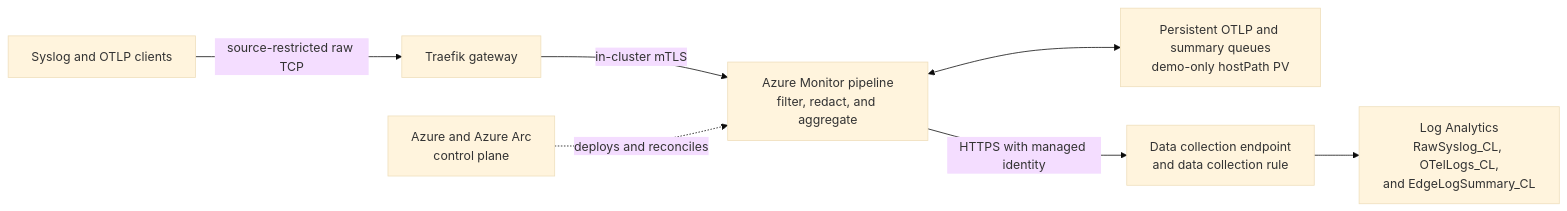
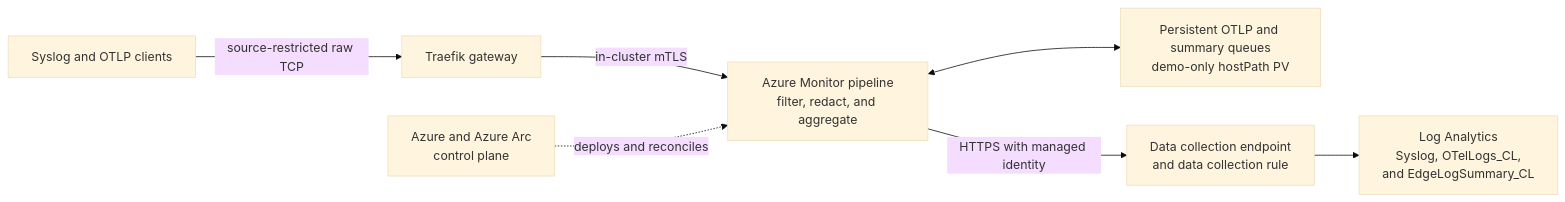
Before and after one commit to kasimrehman/azmon-pipeline-demo: the first of 3 diagrams in docs/architecture.md, drawn with Mermaid (base theme). The commit also changed other lines of this file and 20 other files, not shown here.

````diff
--- a/docs/architecture.md
+++ b/docs/architecture.md
@@ -13,17 +13,17 @@
 ```mermaid
 flowchart LR
     clients[Syslog and OTLP clients]
     gateway[Traefik gateway]
     pipeline[Azure Monitor pipeline<br/>filter, redact, and aggregate]
     buffer[Persistent OTLP and summary queues<br/>demo-only hostPath PV]
     ingestion[Data collection endpoint<br/>and data collection rule]
-    logs[Log Analytics<br/>RawSyslog_CL, OTelLogs_CL,<br/>and EdgeLogSummary_CL]
+    logs[Log Analytics<br/>Syslog, OTelLogs_CL,<br/>and EdgeLogSummary_CL]
     azure[Azure and Azure Arc<br/>control plane]
 
     clients -->|source-restricted raw TCP| gateway
     gateway -->|in-cluster mTLS| pipeline
     pipeline <--> buffer
     pipeline -->|HTTPS with managed identity| ingestion
     ingestion --> logs
     azure -. deploys and reconciles .-> pipeline
 ```
````
